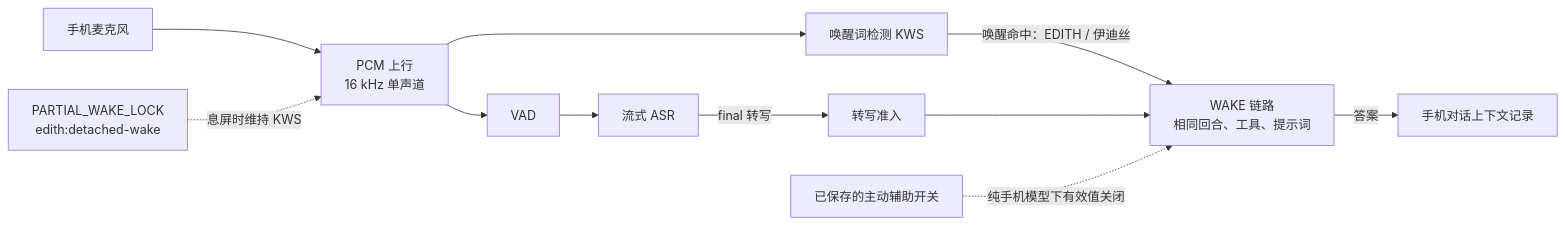
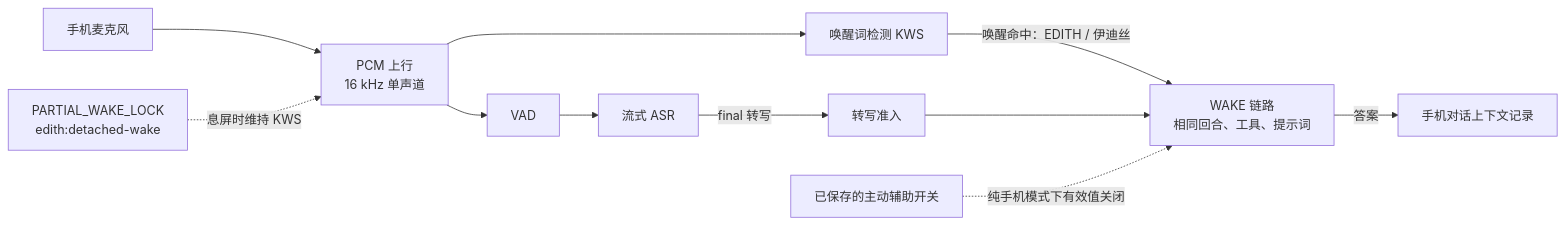
One commit to EdouardRichard/EDITH changed the third of 3 diagrams in README.zh-CN.md. Above: the diagram before and after it, drawn with Mermaid. The commit also changed other lines of this file and 16 other files, not shown here.

````diff
--- a/README.zh-CN.md
+++ b/README.zh-CN.md
@@ -204,11 +207,11 @@
 ```mermaid
 flowchart LR
     MIC["手机麦克风"] --> ING["PCM 上行<br/>16 kHz 单声道"]
     ING --> KWS["唤醒词检测 KWS"]
     ING --> VAD["VAD"] --> ASR["流式 ASR"]
     KWS -- "唤醒命中：EDITH / 伊迪丝" --> CYCLE["WAKE 链路<br/>相同回合、工具、提示词"]
     ASR -- "final 转写" --> ADMIT["转写准入"] --> CYCLE
     CYCLE -- "答案" --> LOG["手机对话上下文记录"]
     LOCK["PARTIAL_WAKE_LOCK<br/>edith:detached-wake"] -. "息屏时维持 KWS" .-> ING
-    STORED["已保存的主动辅助开关"] -. "纯手机模型下有效值关闭" .-> CYCLE
+    STORED["已保存的主动辅助开关"] -. "纯手机模式下有效值关闭" .-> CYCLE
 ```
````
